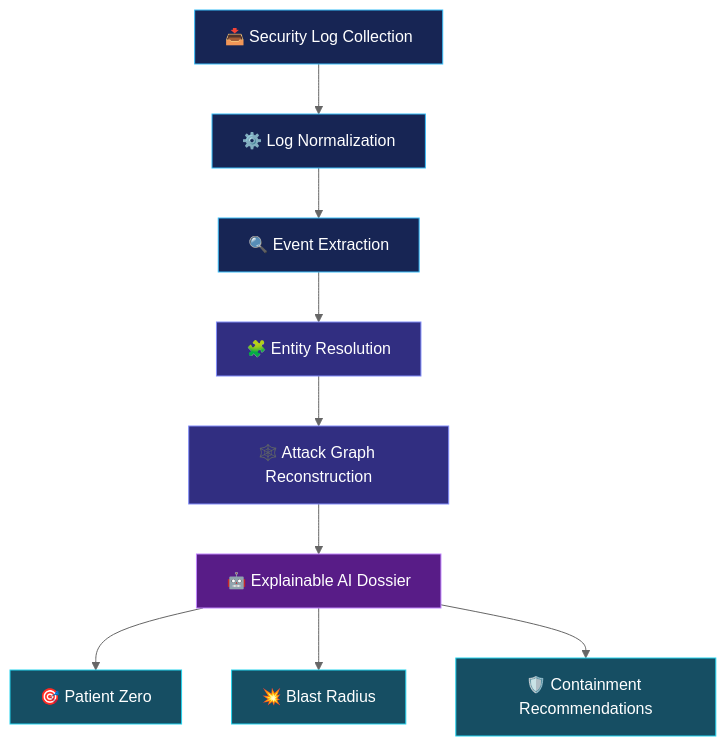
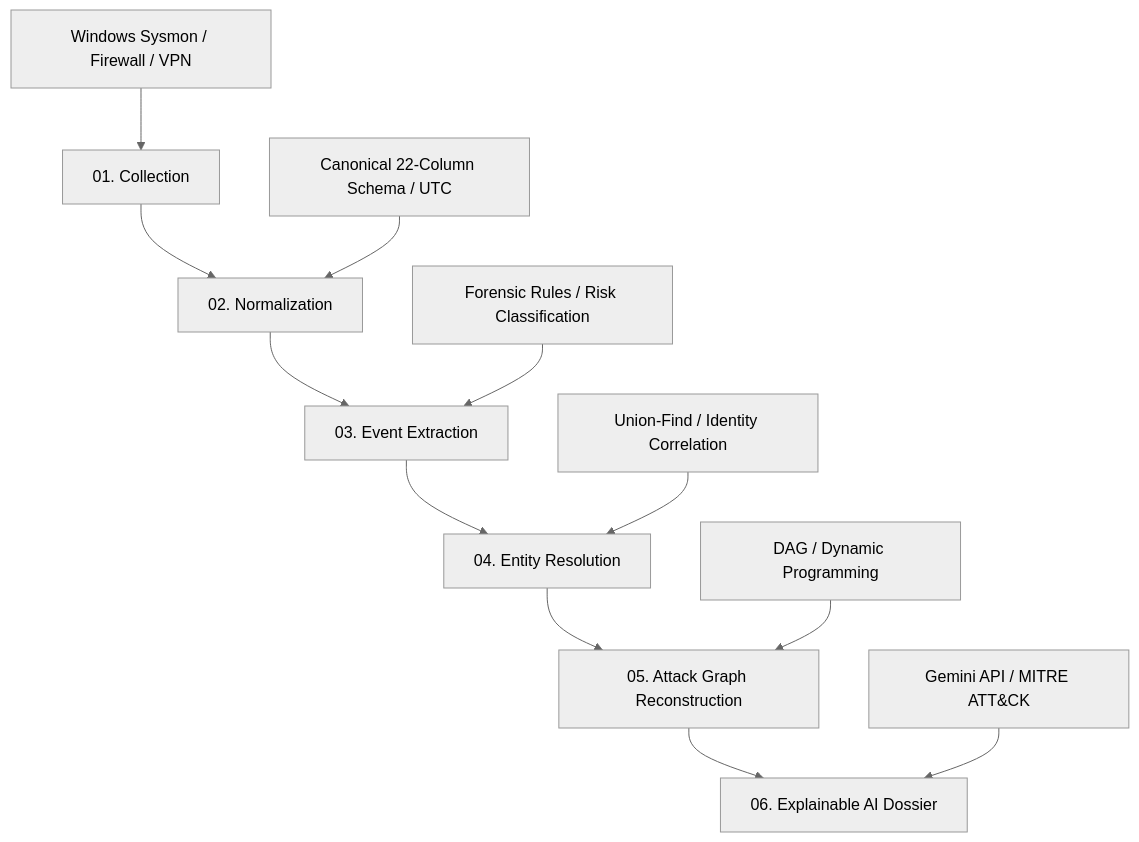
The diagram in README.md (twinklee176/chimera-cyber-investigator), drawn with Mermaid (neutral theme) before and after one commit. The commit also changed other lines of this file, not shown here.

````diff
--- a/README.md
+++ b/README.md
@@ -105,22 +80,15 @@
 ```mermaid
 flowchart TD
-    A["📥 Security Log Collection"] --> B["⚙️ Log Normalization"]
-    B --> C["🔍 Event Extraction"]
-    C --> D["🧩 Entity Resolution"]
-    D --> E["🕸️ Attack Graph Reconstruction"]
-    E --> F["🤖 Explainable AI Dossier"]
+    A["01. Collection"] --> B["02. Normalization"]
+    B --> C["03. Event Extraction"]
+    C --> D["04. Entity Resolution"]
+    D --> E["05. Attack Graph Reconstruction"]
+    E --> F["06. Explainable AI Dossier"]
 
-    F --> G["🎯 Patient Zero"]
-    F --> H["💥 Blast Radius"]
-    F --> I["🛡️ Containment Recommendations"]
-
-    style A fill:#172554,stroke:#38BDF8,color:#FFFFFF
-    style B fill:#172554,stroke:#38BDF8,color:#FFFFFF
-    style C fill:#172554,stroke:#38BDF8,color:#FFFFFF
-    style D fill:#312E81,stroke:#818CF8,color:#FFFFFF
-    style E fill:#312E81,stroke:#818CF8,color:#FFFFFF
-    style F fill:#581C87,stroke:#C084FC,color:#FFFFFF
-    style G fill:#164E63,stroke:#22D3EE,color:#FFFFFF
-    style H fill:#164E63,stroke:#22D3EE,color:#FFFFFF
-    style I fill:#164E63,stroke:#22D3EE,color:#FFFFFF
+    A1["Windows Sysmon / Firewall / VPN"] --> A
+    B1["Canonical 22-Column Schema / UTC"] --> B
+    C1["Forensic Rules / Risk Classification"] --> C
+    D1["Union-Find / Identity Correlation"] --> D
+    E1["DAG / Dynamic Programming"] --> E
+    F1["Gemini API / MITRE ATT&CK"] --> F
 ```
````
